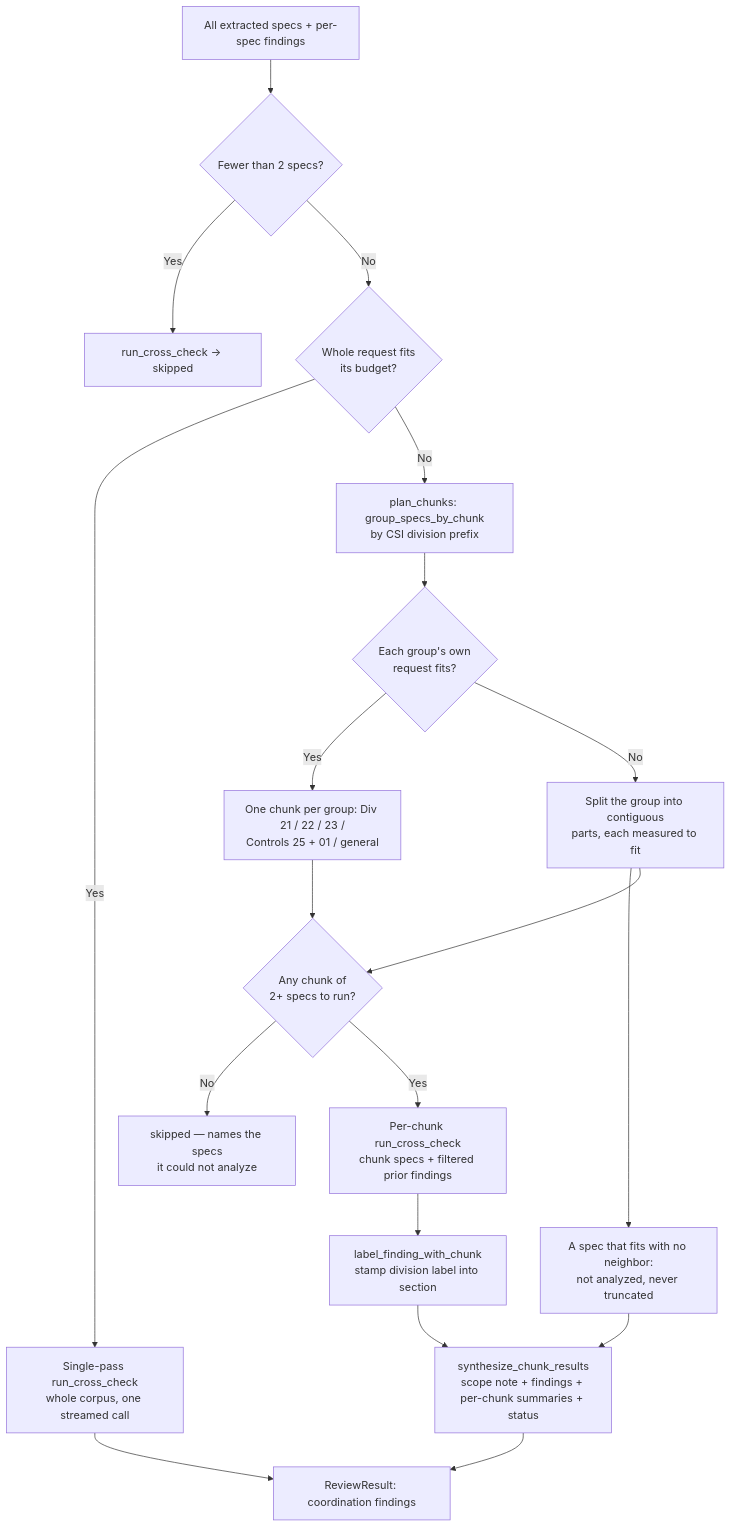
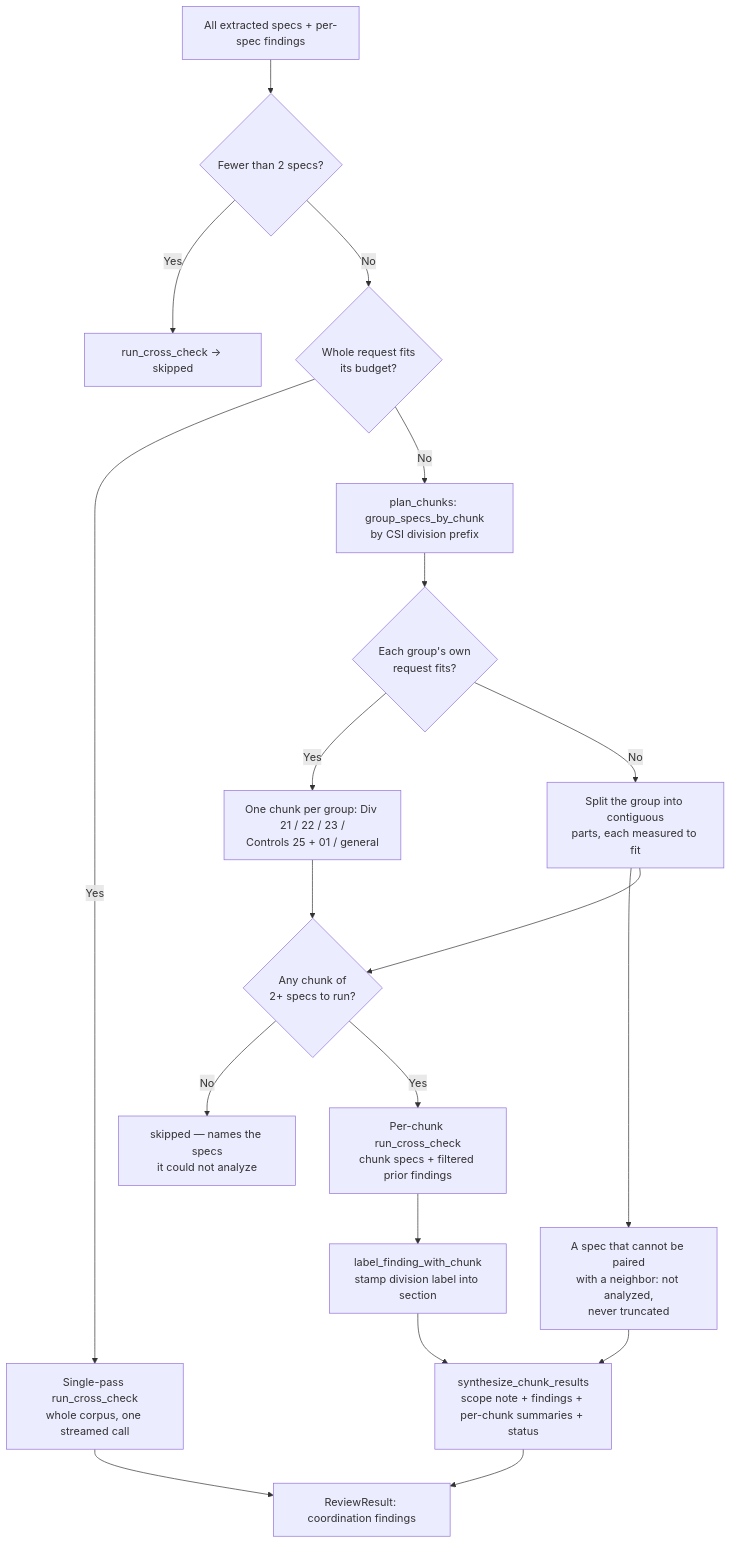
One commit to Abe-Borg/Claude-Spec-Critic changed the diagram in handbook/08_cross_spec_coordination.md. Above: the diagram before and after it, drawn with Mermaid. The commit also changed other lines of this file and 6 other files, not shown here.

````diff
--- a/handbook/08_cross_spec_coordination.md
+++ b/handbook/08_cross_spec_coordination.md
@@ -186,20 +186,20 @@
 ```mermaid
 flowchart TD
     A[All extracted specs + per-spec findings] --> B{Fewer than 2 specs?}
     B -- Yes --> Z[run_cross_check &rarr; skipped]
     B -- No --> C{Whole request fits<br/>its budget?}
     C -- Yes --> D[Single-pass run_cross_check<br/>whole corpus, one streamed call]
     C -- No --> E[plan_chunks: group_specs_by_chunk<br/>by CSI division prefix]
     E --> P{Each group's own<br/>request fits?}
     P -- Yes --> G[One chunk per group: Div 21 / 22 / 23 /<br/>Controls 25 + 01 / general]
     P -- No --> S[Split the group into contiguous<br/>parts, each measured to fit]
-    S --> N[A spec that fits with no neighbor:<br/>not analyzed, never truncated]
+    S --> N[A spec that cannot be paired<br/>with a neighbor: not analyzed,<br/>never truncated]
     G & S --> F{Any chunk of<br/>2+ specs to run?}
     F -- No --> Y[skipped &mdash; names the specs<br/>it could not analyze]
     F -- Yes --> H[Per-chunk run_cross_check<br/>chunk specs + filtered prior findings]
     H --> I[label_finding_with_chunk<br/>stamp division label into section]
     I --> J[synthesize_chunk_results<br/>scope note + findings + per-chunk summaries + status]
     N --> J
     D --> K[ReviewResult: coordination findings]
     J --> K
 ```
````
